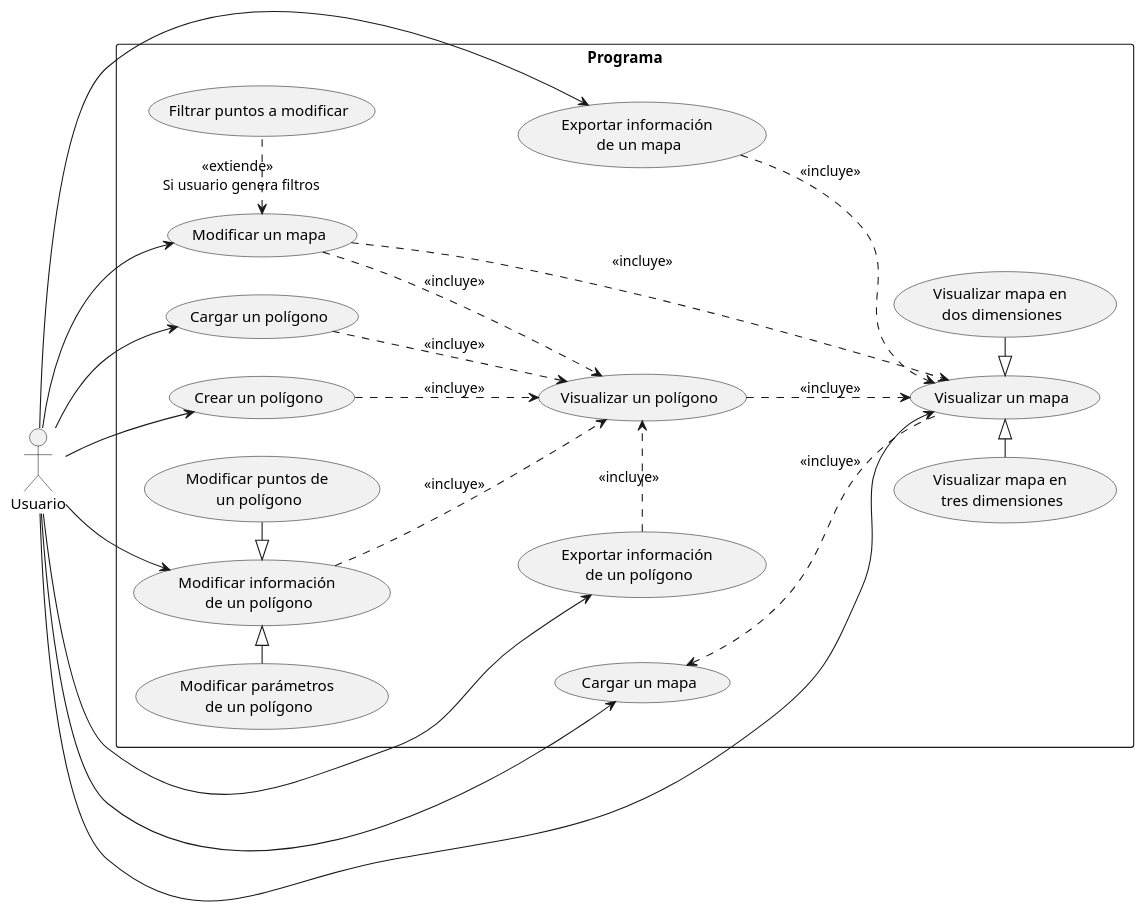
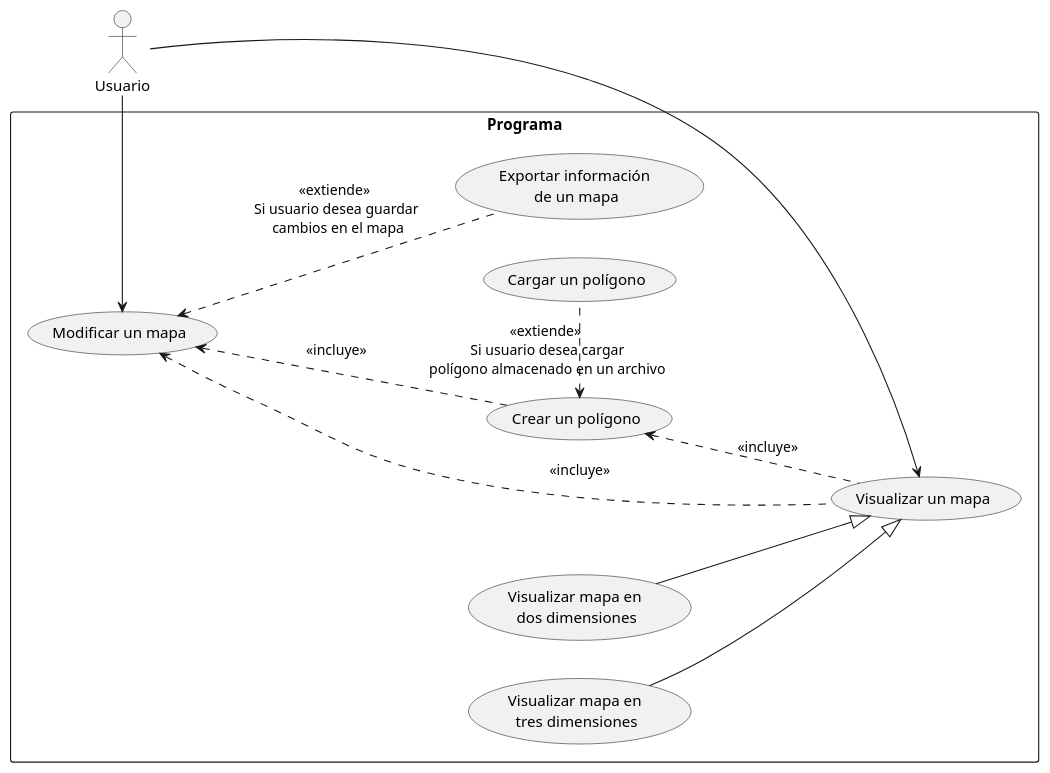
The diagram in docs/use_case/program.puml (ferpoble2/Relief_Creator), drawn with PlantUML before and after one commit.

Commit message:
Updated documentation related to the usecase

```diff
--- a/docs/use_case/program.puml
+++ b/docs/use_case/program.puml
@@ -1,98 +1,108 @@
 @startuml
 'https://plantuml.com/use-case-diagram
-
-':Main Admin: as Admin
-'(Use the application) as (Use)
-'
-'User -> (Start)
-'User --> (Use)
-'
-'Admin ---> (Use)
-'
-'note right of Admin : This is an example.
-'
-'note right of (Use)
-'A note can also
-'be on several lines
-'end note
-'
-'note "This note is connected\nto several objects." as N2
-'(Start) .. N2
-'N2 .. (Use)
 
 'skinparam actorStyle awesome
 'skinparam actorStyle Hollow
 
 left to right direction
 'skinparam usecaseFontSize 25
 'skinparam rectangleFontSize 25
 
 'rectangle Programa {
 '  usecase "Modificar un mapa" as UC1
 '  usecase "Visualizar un mapa" as UC2
 '  usecase "Generar un polígono" as UC3
 '  usecase "Modificar información de un polígono" as UC4
 '
 '  usecase "Visualizar un polígono" as UC5
 '  usecase "Modificar puntos de un polígono" as ModPuntos
 '  usecase "Modidicar parametros de un polígono" as ModParametros
 '}
-'
+
 'Usuario --> UC1
 'Usuario --> UC2
 'Usuario --> UC3
 'Usuario --> UC4
 'Usuario --> UC5
-'
+
 'ModPuntos -|> UC4
-'
+
 'UC1 .> UC2 : <<incluye>>
 'UC4 .> UC5 : <<incluye>>
 'UC3 .> UC5 : <<incluye>>
 
+
+' ----------------------
+' Casos de uso Version 2
+' ----------------------
+'rectangle Programa {
+'    usecase "Cargar un mapa" as cargar_mapa
+'    usecase "Modificar un mapa" as mod_mapa
+'    usecase "Visualizar un mapa" as viz_mapa
+'    usecase "Cargar un polígono" as cargar_pol
+'    usecase "Crear un polígono" as crear_pol
+'    usecase "Modificar información \nde un polígono" as mod_info_pol
+'    usecase "Modificar puntos de \nun polígono" as mod_puntos_pol
+'    usecase "Modificar parámetros \nde un polígono" as mod_par_pol
+'    usecase "Visualizar un polígono" as viz_pol
+'    usecase "Exportar información \nde un polígono" as export_pol
+'    usecase "Exportar información \nde un mapa" as export_mapa
+'    usecase "Visualizar mapa en \ndos dimensiones" as viz_mapa_2d
+'    usecase "Visualizar mapa en \ntres dimensiones" as viz_mapa_3d
+'    usecase "Filtrar puntos a modificar" as app_filtros
+'}
+
+'Usuario --> cargar_mapa
+'Usuario --> viz_mapa
+'Usuario --> mod_mapa
+'Usuario --> viz_pol
+'Usuario --> mod_info_pol
+'Usuario --> cargar_pol
+'Usuario --> crear_pol
+'Usuario --> export_mapa
+'Usuario --> export_pol
+
+'mod_mapa ..> viz_mapa : <<incluye>>
+'viz_mapa -u.> cargar_mapa : <<incluye>>
+'viz_pol ..> viz_mapa : <<incluye>>
+'mod_info_pol ..> viz_pol : <<incluye>>
+'crear_pol ..> viz_pol : <<incluye>>
+'cargar_pol ..> viz_pol : <<incluye>>
+'export_pol .> viz_pol : <<incluye>>
+'export_mapa ..> viz_mapa : <<incluye>>
+'mod_mapa ..> viz_pol : <<incluye>>
+
+'mod_info_pol <|- mod_puntos_pol
+'mod_par_pol -|> mod_info_pol
+
+'viz_mapa <|- viz_mapa_2d
+'viz_mapa_3d -|> viz_mapa
+
+'mod_mapa <. app_filtros : <<extiende>> \n Si usuario genera filtros
+
+' ----------------------
+' Casos de uso Version 3
+' ----------------------
 rectangle Programa {
-    usecase "Cargar un mapa" as cargar_mapa
     usecase "Modificar un mapa" as mod_mapa
     usecase "Visualizar un mapa" as viz_mapa
     usecase "Cargar un polígono" as cargar_pol
     usecase "Crear un polígono" as crear_pol
-    usecase "Modificar información \nde un polígono" as mod_info_pol
-    usecase "Modificar puntos de \nun polígono" as mod_puntos_pol
-    usecase "Modificar parámetros \nde un polígono" as mod_par_pol
-    usecase "Visualizar un polígono" as viz_pol
-    usecase "Exportar información \nde un polígono" as export_pol
     usecase "Exportar información \nde un mapa" as export_mapa
     usecase "Visualizar mapa en \ndos dimensiones" as viz_mapa_2d
     usecase "Visualizar mapa en \ntres dimensiones" as viz_mapa_3d
-    usecase "Filtrar puntos a modificar" as app_filtros
 }
 
-Usuario --> cargar_mapa
-Usuario --> viz_mapa
-Usuario --> mod_mapa
-'Usuario --> viz_pol
-Usuario --> mod_info_pol
-Usuario --> cargar_pol
-Usuario --> crear_pol
-Usuario --> export_mapa
-Usuario --> export_pol
+Usuario -> viz_mapa
+Usuario -> mod_mapa
 
-mod_mapa ..> viz_mapa : <<incluye>>
-viz_mapa -u.> cargar_mapa : <<incluye>>
-viz_pol ..> viz_mapa : <<incluye>>
-mod_info_pol ..> viz_pol : <<incluye>>
-crear_pol ..> viz_pol : <<incluye>>
-cargar_pol ..> viz_pol : <<incluye>>
-export_pol .> viz_pol : <<incluye>>
-export_mapa ..> viz_mapa : <<incluye>>
-mod_mapa ..> viz_pol : <<incluye>>
+crear_pol <.. viz_mapa : <<incluye>>
+mod_mapa <.. crear_pol : <<incluye>>
+mod_mapa <. viz_mapa : <<incluye>>
+mod_mapa <.. export_mapa : <<extiende>> \n Si usuario desea guardar \n cambios en el mapa
+crear_pol <. cargar_pol : <<extiende>> \n Si usuario desea cargar \npolígono almacenado en un archivo
 
-mod_info_pol <|- mod_puntos_pol
-mod_par_pol -|> mod_info_pol
-
-viz_mapa <|- viz_mapa_2d
-viz_mapa_3d -|> viz_mapa
-
-mod_mapa <. app_filtros : <<extiende>> \n Si usuario genera filtros
+viz_mapa_2d --|> viz_mapa
+viz_mapa_3d --|> viz_mapa
 
 @enduml
```
